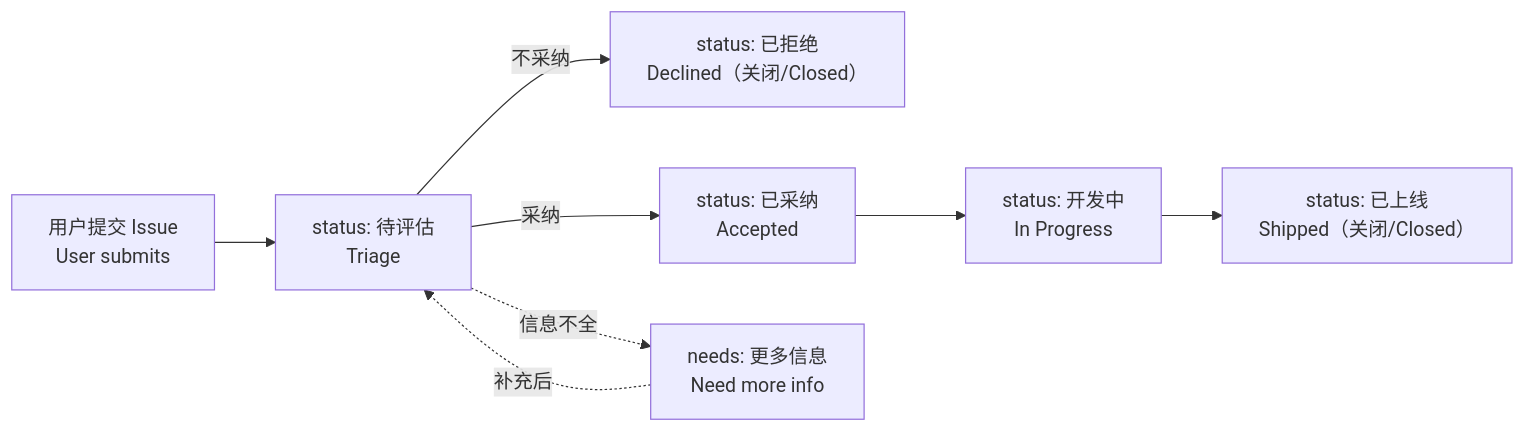
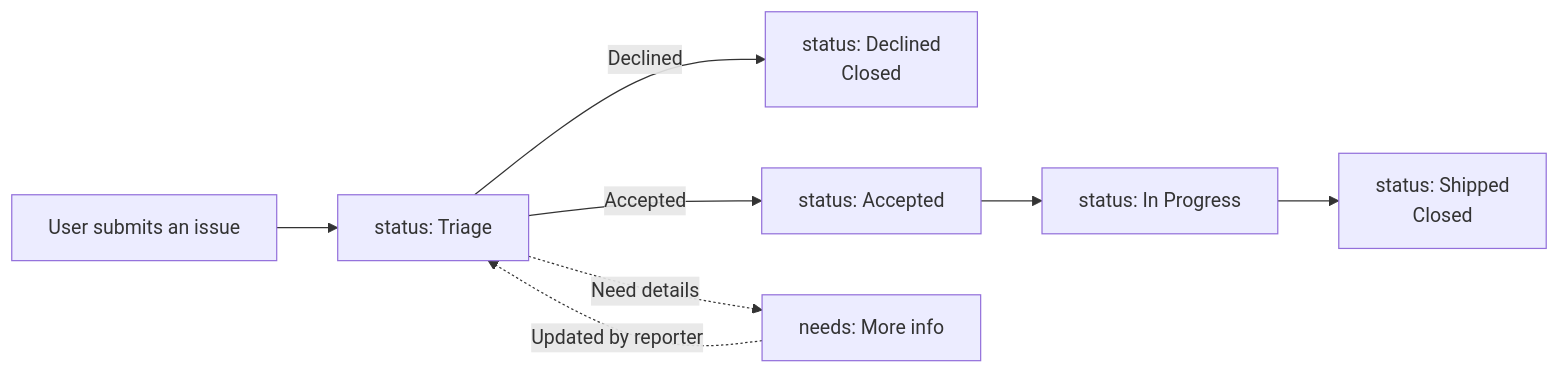
One commit to zai-org/feedback changed the diagram in README.md. Above: the diagram before and after it, drawn with Mermaid. The commit also changed other lines of this file and 2 other files, not shown here.

````diff
--- a/README.md
+++ b/README.md
@@ -48,10 +56,10 @@
 ```mermaid
 flowchart LR
-    A[用户提交 Issue<br/>User submits] --> B[status: 待评估<br/>Triage]
-    B -->|不采纳| X[status: 已拒绝<br/>Declined（关闭/Closed）]
-    B -->|采纳| C[status: 已采纳<br/>Accepted]
-    C --> D[status: 开发中<br/>In Progress]
-    D --> E[status: 已上线<br/>Shipped（关闭/Closed）]
-    B -.信息不全.-> N[needs: 更多信息<br/>Need more info]
-    N -.补充后.-> B
+    A[User submits an issue] --> B[status: Triage]
+    B -->|Declined| X[status: Declined<br/>Closed]
+    B -->|Accepted| C[status: Accepted]
+    C --> D[status: In Progress]
+    D --> E[status: Shipped<br/>Closed]
+    B -.Need details.-> N[needs: More info]
+    N -.Updated by reporter.-> B
 ```
````
